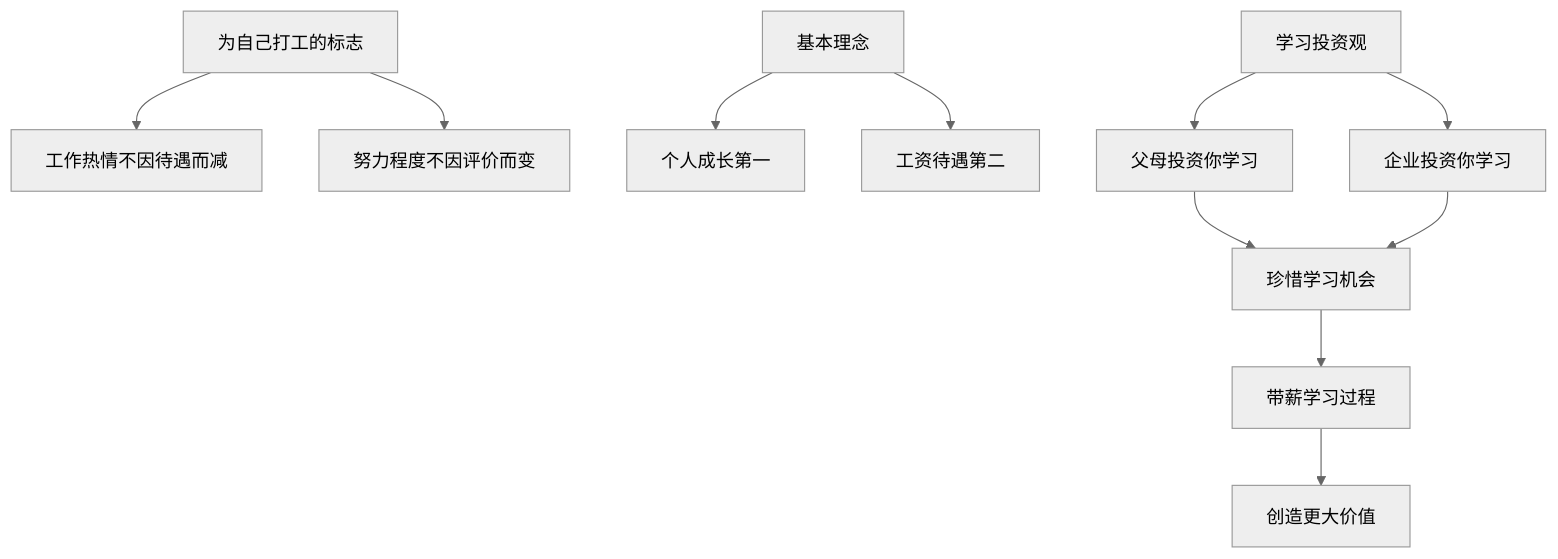
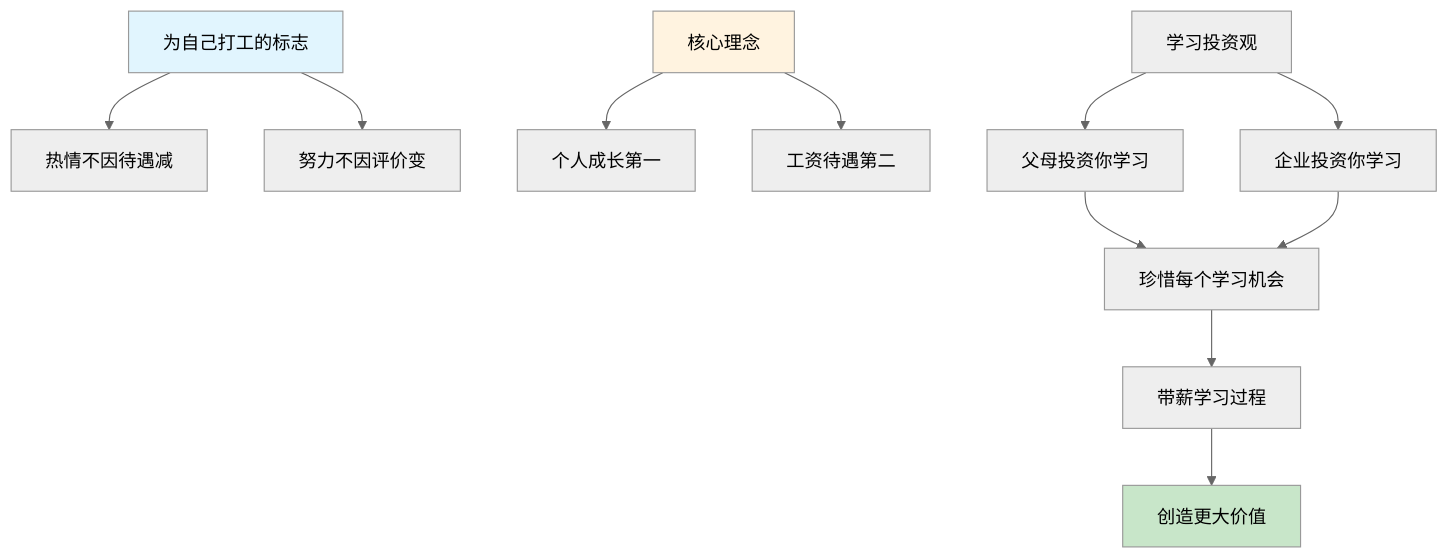
One commit to chongyang211/YCBookBlog changed diagram 11 of 12 in 10.自我进阶提升书/01.自我思考和挑战/1.5经营好自我公司.md. Above: the diagram before and after it, drawn with Mermaid (neutral theme). The commit also changed other lines of this file and 13 other files, not shown here.

````diff
--- a/10.自我进阶提升书/01.自我思考和挑战/1.5经营好自我公司.md
+++ b/10.自我进阶提升书/01.自我思考和挑战/1.5经营好自我公司.md
@@ -287,16 +359,20 @@
 ```mermaid
-graph TB
-    A[为自己打工的标志] --> B[工作热情不因待遇而减]
-    A --> C[努力程度不因评价而变]
+graph TD
+    A[为自己打工的标志] --> B[热情不因待遇减]
+    A --> C[努力不因评价变]
     
-    D[基本理念] --> E[个人成长第一]
+    D[核心理念] --> E[个人成长第一]
     D --> F[工资待遇第二]
     
     G[学习投资观] --> H[父母投资你学习]
     G --> I[企业投资你学习]
     
-    H --> J[珍惜学习机会]
+    H --> J[珍惜每个学习机会]
     I --> J
     J --> K[带薪学习过程]
     K --> L[创造更大价值]
+    
+    style A fill:#e1f5fe
+    style D fill:#fff3e0
+    style L fill:#c8e6c9
 ```
````
